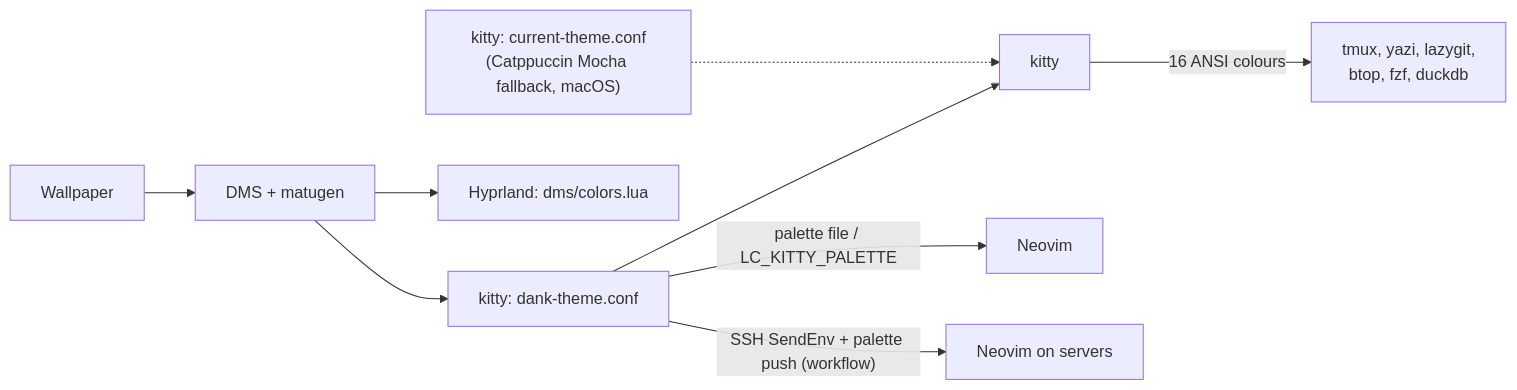
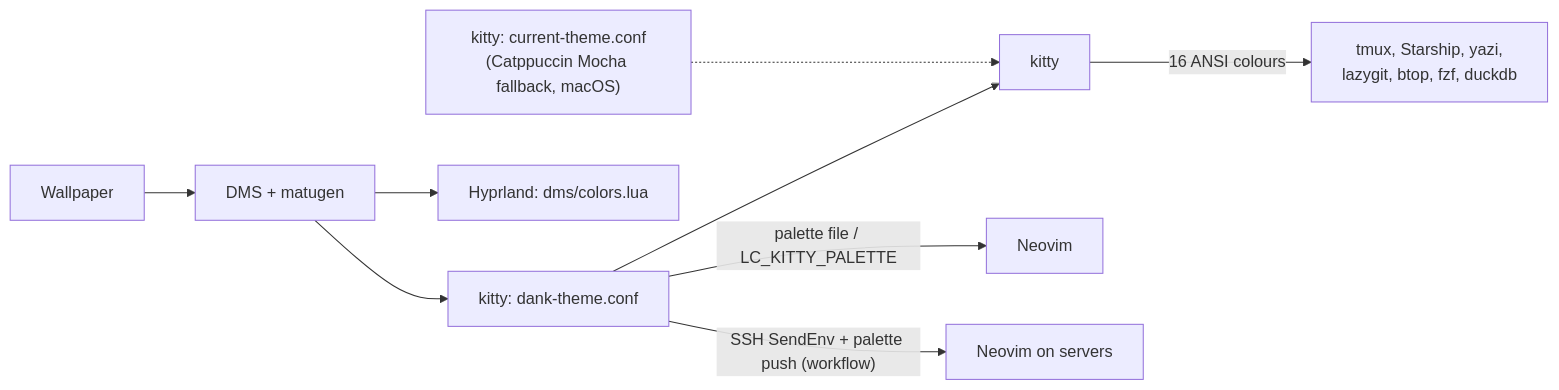
One commit to anhtt20172948/dotfiles changed the diagram in README.md. Above: the diagram before and after it, drawn with Mermaid. The commit also changed other lines of this file, not shown here.

First line of the commit message:
docs: describe the one accent, slanted chrome and Starship prompt

````diff
--- a/README.md
+++ b/README.md
@@ -49,11 +58,11 @@
 ```mermaid
 flowchart LR
   wallpaper[Wallpaper] --> dms["DMS + matugen"]
   dms --> dank["kitty: dank-theme.conf"]
   dms --> hypr["Hyprland: dms/colors.lua"]
   mocha["kitty: current-theme.conf<br/>(Catppuccin Mocha fallback, macOS)"] -.-> kitty
   dank --> kitty[kitty]
-  kitty -- "16 ANSI colours" --> tuis["tmux, yazi, lazygit,<br/>btop, fzf, duckdb"]
+  kitty -- "16 ANSI colours" --> tuis["tmux, Starship, yazi,<br/>lazygit, btop, fzf, duckdb"]
   dank -- "palette file / LC_KITTY_PALETTE" --> nvim[Neovim]
   dank -- "SSH SendEnv + palette push (workflow)" --> remote["Neovim on servers"]
 ```
````
